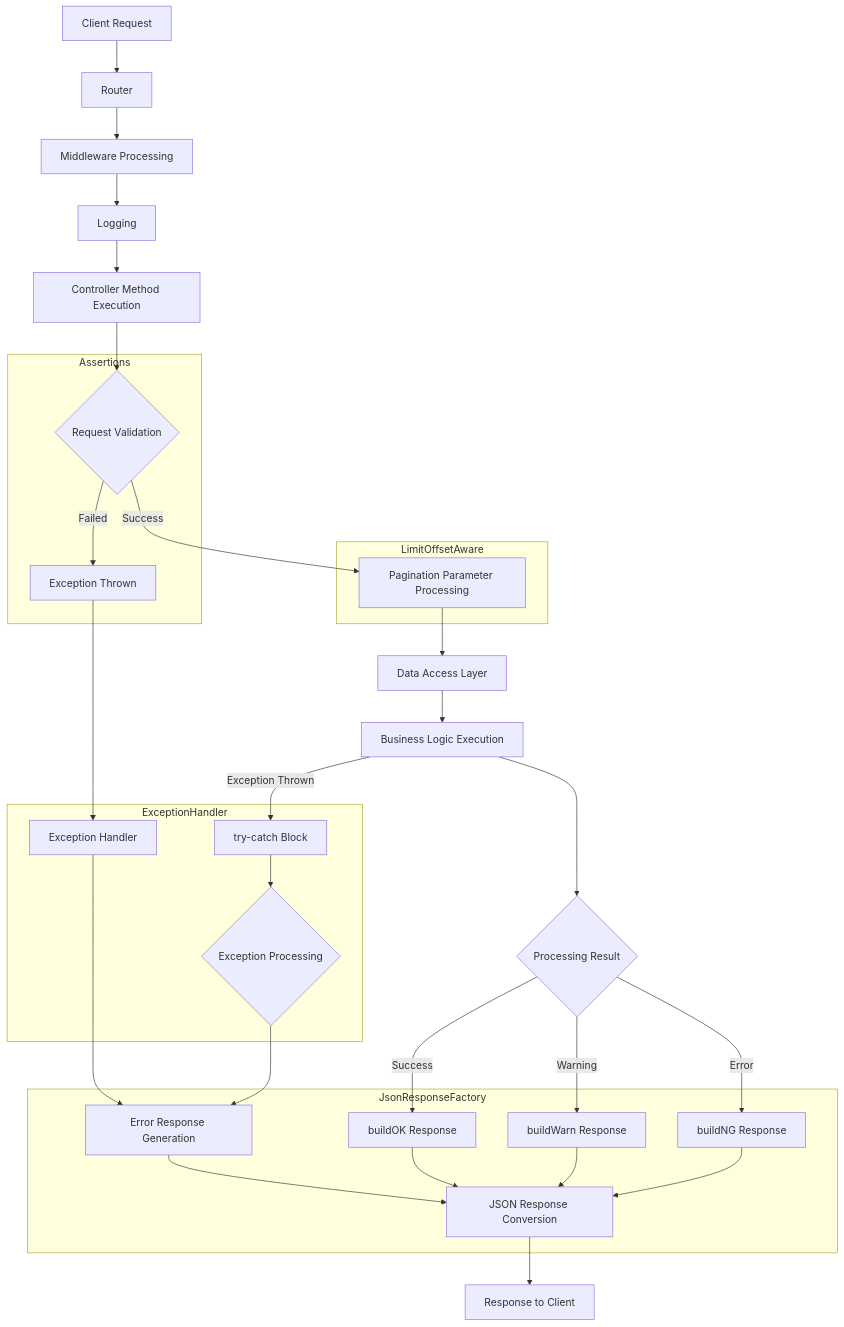
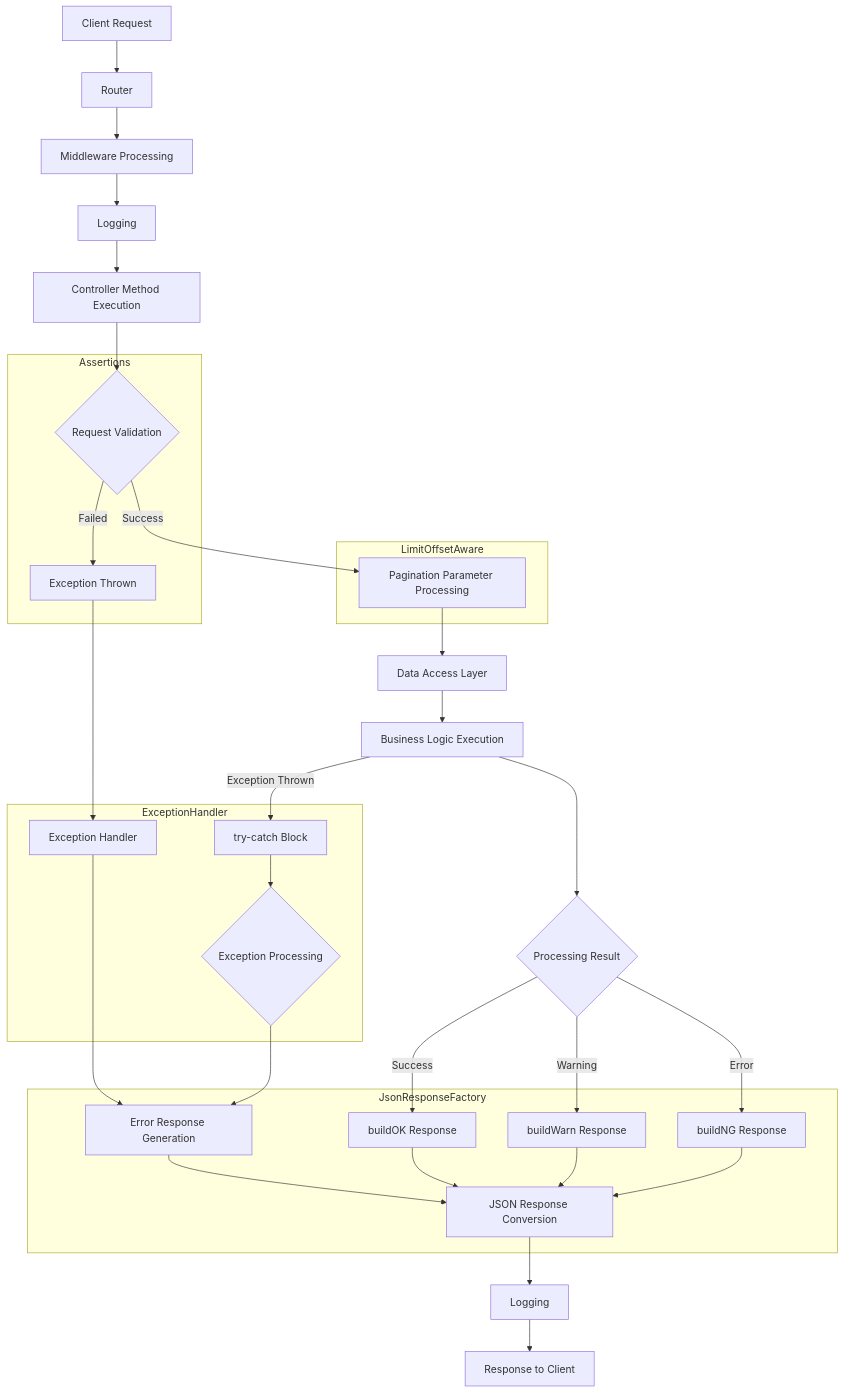
The diagram in README.md (tqcuong-it/docs), drawn with Mermaid before and after one commit.

````diff
--- a/README.md
+++ b/README.md
@@ -23,55 +23,56 @@
 ```mermaid
 flowchart TD
     A[Client Request] --> B[Router]
     B --> C[Middleware Processing]
-    C --> LOG[Logging]
-    LOG --> D[Controller Method Execution]
+    C --> LOG1[Logging]
+    LOG1 --> D[Controller Method Execution]
     
     D --> E{Request Validation}
     E -->|Failed| F[Exception Thrown]
     F --> G[Exception Handler]
     G --> H[Error Response Generation]
     
     E -->|Success| I[Pagination Parameter Processing]
     I --> J[Data Access Layer]
     J --> K[Business Logic Execution]
     
     K -->|Exception Thrown| R[try-catch Block]
     R --> S{Exception Processing}
     S --> H
     
     K --> L{Processing Result}
     L -->|Success| M[buildOK Response]
     L -->|Warning| N[buildWarn Response]
     L -->|Error| O[buildNG Response]
     
     M --> P[JSON Response Conversion]
     N --> P
     O --> P
     H --> P
     
-    P --> Q[Response to Client]
+    P --> LOG2[Logging]
+    LOG2 --> Q[Response to Client]
     
     subgraph "LimitOffsetAware"
     I
     end
     
     subgraph "Assertions"
     E
     F
     end
     
     subgraph "ExceptionHandler"
     G
     R
     S
     end
     
     subgraph "JsonResponseFactory"
     M
     N
     O
     H
     P
     end
 ```
````
